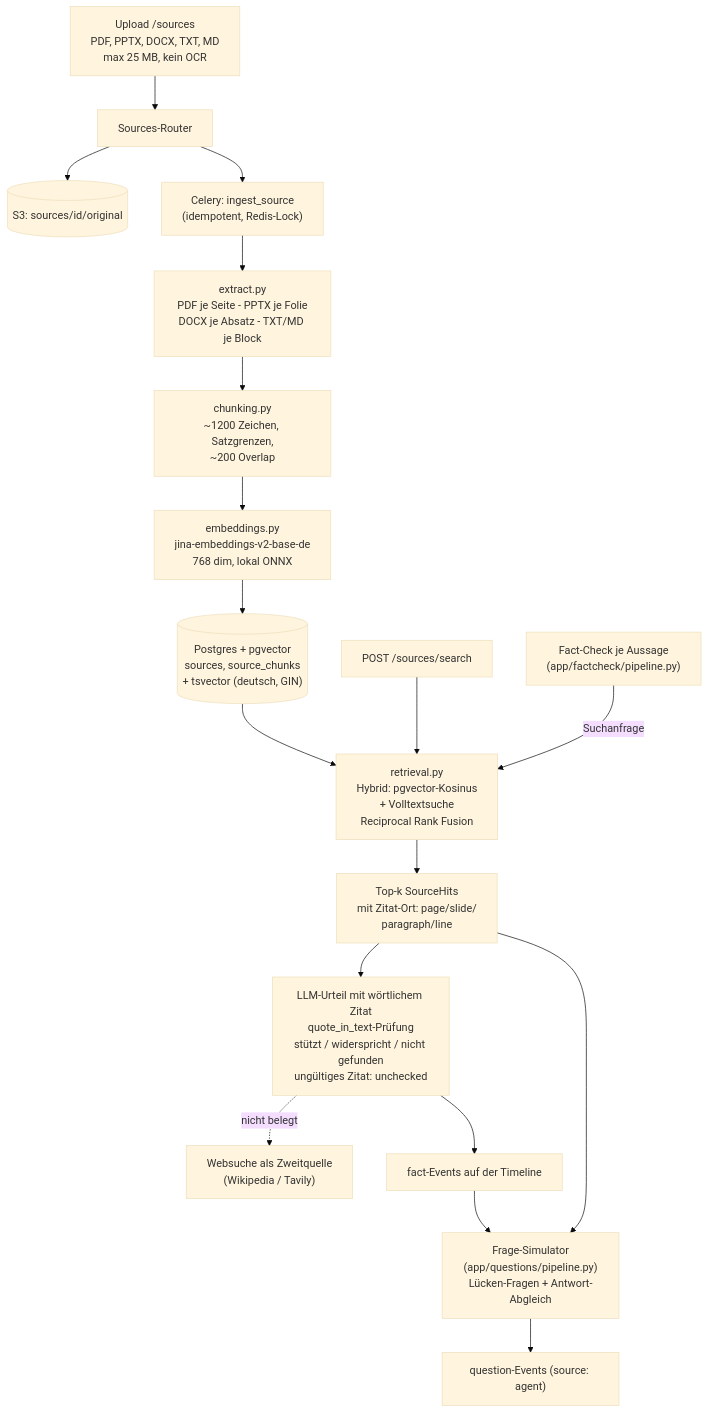
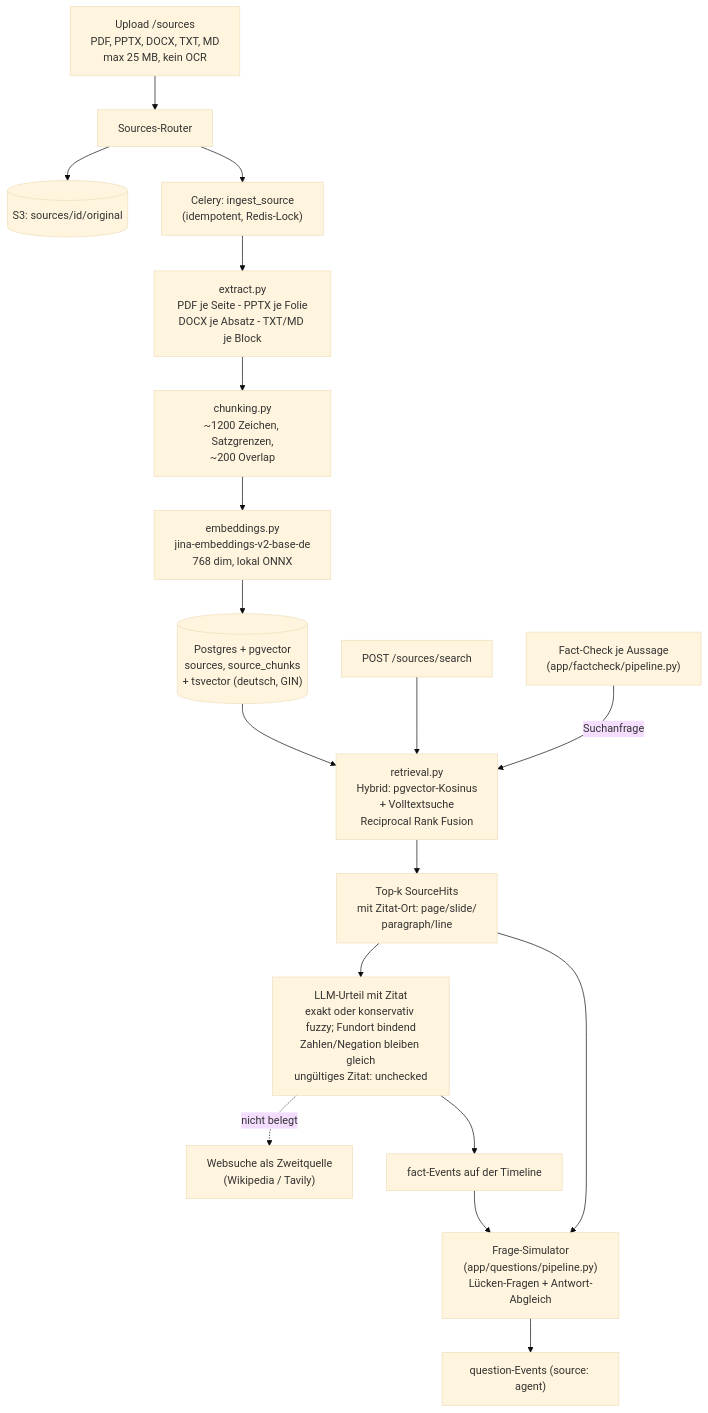
One commit to johannes3502/hackathon-fulda changed the fifth of 12 diagrams in docs/03-architecture.md. Above: the diagram before and after it, drawn with Mermaid (base theme). The commit also changed other lines of this file and 30 other files, not shown here.

````diff
--- a/docs/03-architecture.md
+++ b/docs/03-architecture.md
@@ -225,21 +281,21 @@
 ```mermaid
 flowchart TB
     UP["Upload /sources<br/>PDF, PPTX, DOCX, TXT, MD<br/>max 25 MB, kein OCR"] --> API["Sources-Router"]
     API --> S3A[("S3: sources/id/original")]
     API --> Q["Celery: ingest_source<br/>(idempotent, Redis-Lock)"]
     Q --> EX["extract.py<br/>PDF je Seite - PPTX je Folie<br/>DOCX je Absatz - TXT/MD je Block"]
     EX --> CH["chunking.py<br/>~1200 Zeichen, Satzgrenzen,<br/>~200 Overlap"]
     CH --> EM["embeddings.py<br/>jina-embeddings-v2-base-de<br/>768 dim, lokal ONNX"]
     EM --> PGDB[("Postgres + pgvector<br/>sources, source_chunks<br/>+ tsvector (deutsch, GIN)")]
 
     SEARCH["POST /sources/search"] --> RET["retrieval.py<br/>Hybrid: pgvector-Kosinus<br/>+ Volltextsuche<br/>Reciprocal Rank Fusion"]
     PGDB --> RET
     RET --> HITS["Top-k SourceHits<br/>mit Zitat-Ort: page/slide/<br/>paragraph/line"]
     FCQ["Fact-Check je Aussage<br/>(app/factcheck/pipeline.py)"] -- "Suchanfrage" --> RET
-    HITS --> JUDGE["LLM-Urteil mit wörtlichem Zitat<br/>quote_in_text-Prüfung<br/>stützt / widerspricht / nicht gefunden<br/>ungültiges Zitat: unchecked"]
+    HITS --> JUDGE["LLM-Urteil mit Zitat<br/>exakt oder konservativ fuzzy; Fundort bindend<br/>Zahlen/Negation bleiben gleich<br/>ungültiges Zitat: unchecked"]
     JUDGE -. "nicht belegt" .-> WEBQ["Websuche als Zweitquelle<br/>(Wikipedia / Tavily)"]
     JUDGE --> EVT["fact-Events auf der Timeline"]
     HITS --> QA["Frage-Simulator<br/>(app/questions/pipeline.py)<br/>Lücken-Fragen + Antwort-Abgleich"]
     EVT --> QA
     QA --> QEVT["question-Events (source: agent)"]
 ```
````
